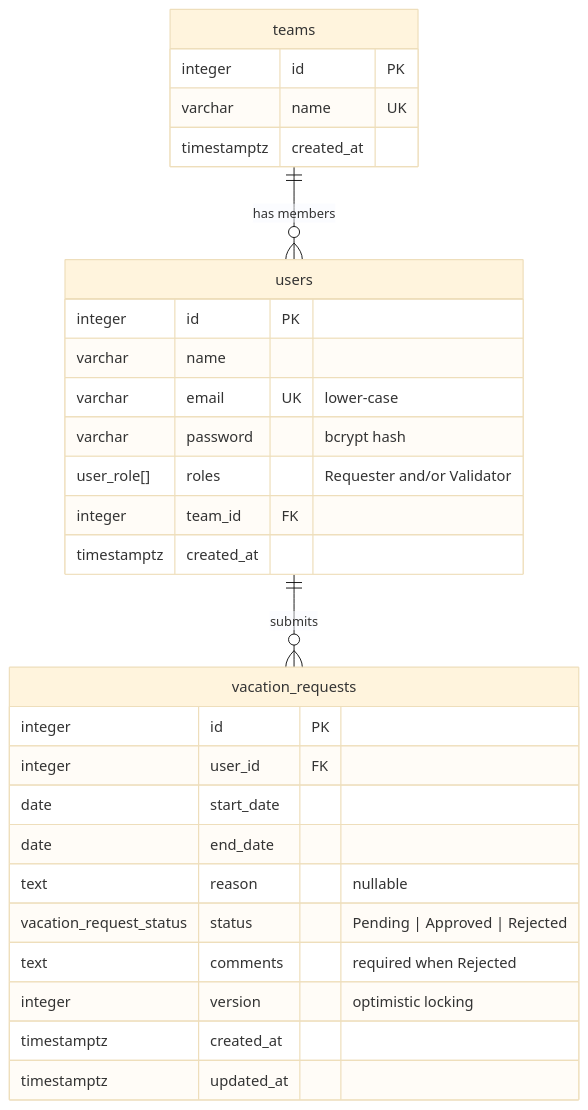
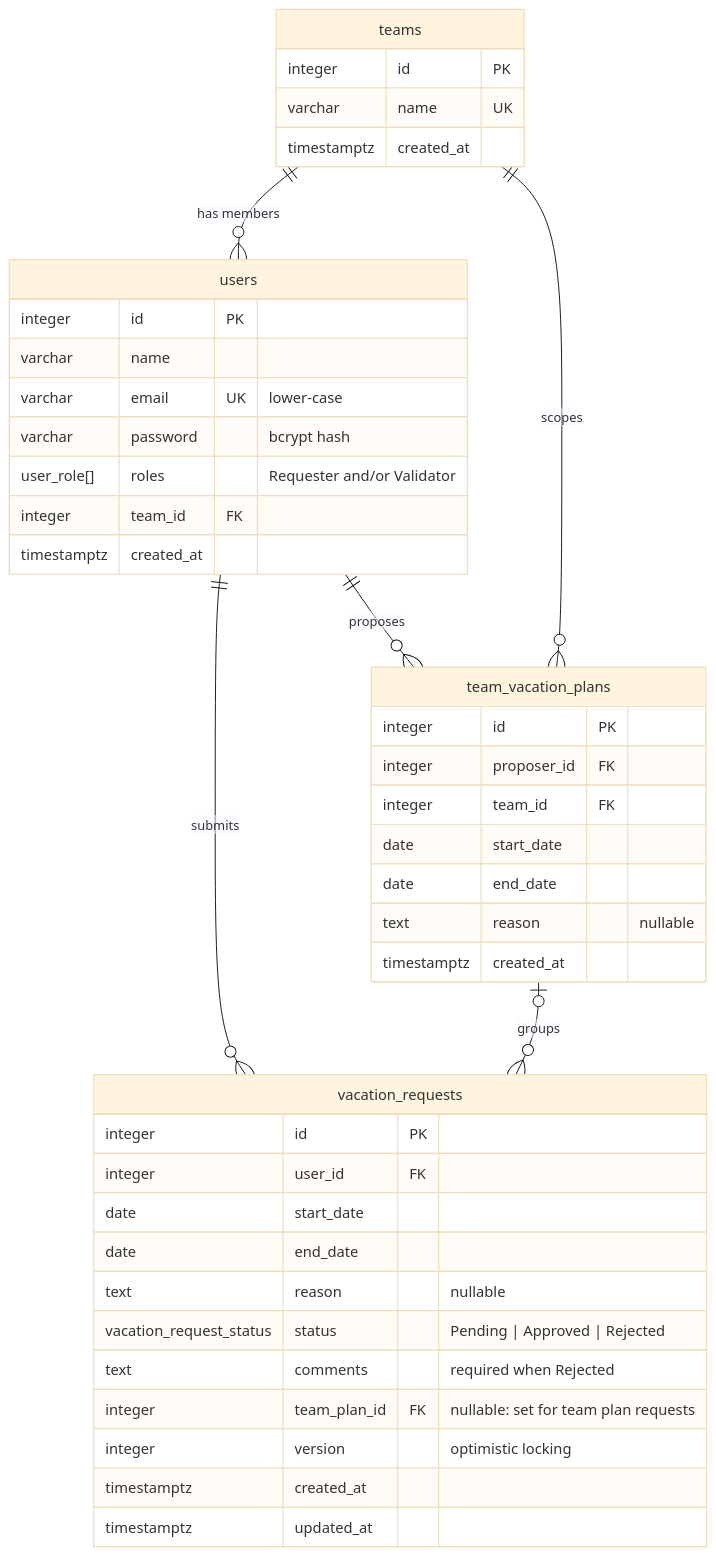
One commit to yonatanmarkman/VacationManagementInterface changed the second of 2 diagrams in README.md. Above: the diagram before and after it, drawn with Mermaid (base theme). The commit also changed other lines of this file and 83 other files, not shown here.

First line of the commit message:
Created the Front-End for the application, and took care of stored team vacation plans that participants can follow.

````diff
--- a/README.md
+++ b/README.md
@@ -303,31 +320,44 @@
 ```mermaid
 erDiagram
     teams ||--o{ users : "has members"
     users ||--o{ vacation_requests : "submits"
+    users ||--o{ team_vacation_plans : "proposes"
+    teams ||--o{ team_vacation_plans : "scopes"
+    team_vacation_plans |o--o{ vacation_requests : "groups"
     teams {
         integer id PK
         varchar name UK
         timestamptz created_at
     }
     users {
         integer id PK
         varchar name
         varchar email UK "lower-case"
         varchar password "bcrypt hash"
         user_role[] roles "Requester and/or Validator"
         integer team_id FK
         timestamptz created_at
     }
     vacation_requests {
         integer id PK
         integer user_id FK
         date start_date
         date end_date
         text reason "nullable"
         vacation_request_status status "Pending | Approved | Rejected"
         text comments "required when Rejected"
+        integer team_plan_id FK "nullable: set for team plan requests"
         integer version "optimistic locking"
         timestamptz created_at
         timestamptz updated_at
     }
+    team_vacation_plans {
+        integer id PK
+        integer proposer_id FK
+        integer team_id FK
+        date start_date
+        date end_date
+        text reason "nullable"
+        timestamptz created_at
+    }
 ```
````
